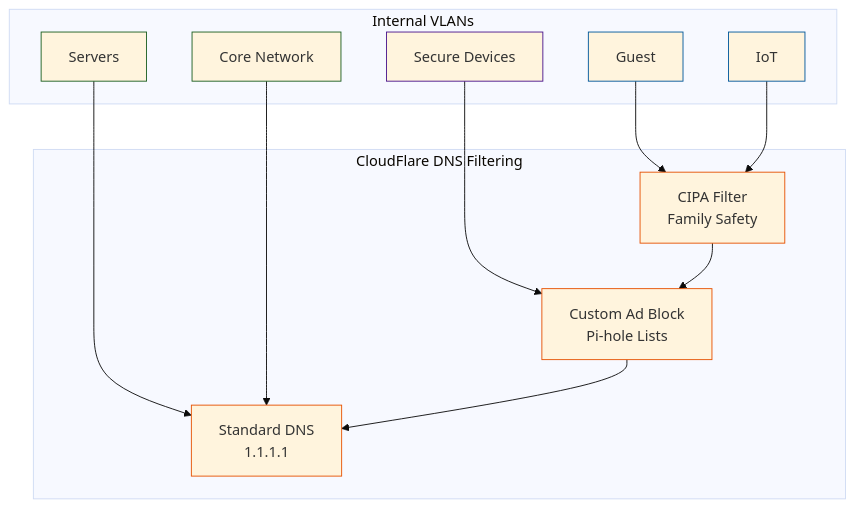
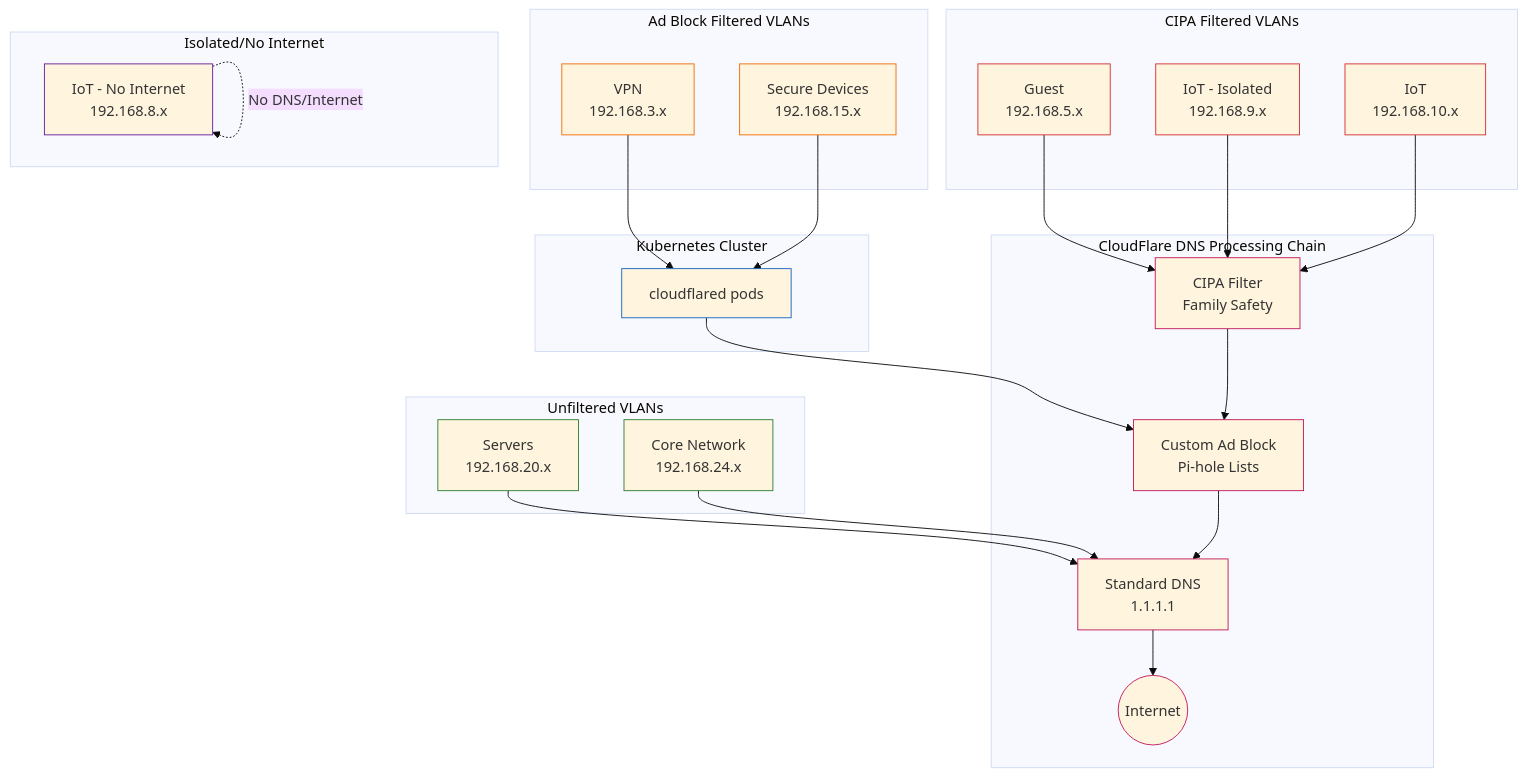
One commit to jaredfiorali/infrastructure changed the fourth of 4 diagrams in README.md. Above: the diagram before and after it, drawn with Mermaid (base theme).

Commit message:
Cleaned up DNS diagram and added more detail

````diff
--- a/README.md
+++ b/README.md
@@ -358,32 +358,62 @@
 ```mermaid
 graph TD
-    subgraph "Internal VLANs"
-        A[Guest]:::cipa
-        B[IoT]:::cipa
-        C[Secure Devices]:::adblock
-        D[Servers]:::unfiltered
-        E[Core Network]:::unfiltered
+    subgraph "CIPA Filtered VLANs"
+        B[Guest<br>192.168.5.x]:::vlan_cipa
+        D[IoT - Isolated<br>192.168.9.x]:::vlan_cipa
+        E[IoT<br>192.168.10.x]:::vlan_cipa
     end
 
-    subgraph "CloudFlare DNS Filtering"
-        F[CIPA Filter<br>Family Safety]:::external
-        H[Custom Ad Block<br>Pi-hole Lists]:::external
-        G[Standard DNS<br>1.1.1.1]:::external
+    subgraph "Ad Block Filtered VLANs"
+        A[VPN<br>192.168.3.x]:::vlan_adblock
+        F[Secure Devices<br>192.168.15.x]:::vlan_adblock
     end
 
-    %% VLAN routing
-    A --> F
-    B --> F
-    C --> H
-    D --> G
-    E --> G
+    subgraph "Unfiltered VLANs"
+        G[Servers<br>192.168.20.x]:::vlan_unfiltered
+        H[Core Network<br>192.168.24.x]:::vlan_unfiltered
+    end
 
-    %% Filter chain
-    F --> H
-    H --> G
+    subgraph "Isolated/No Internet"
+        C[IoT - No Internet<br>192.168.8.x]:::vlan_isolated
+    end
 
-classDef cipa stroke:#01579b
-classDef adblock stroke:#4a148c
-classDef unfiltered stroke:#1b5e20
-classDef external stroke:#e65100
+    subgraph "Kubernetes Cluster"
+        M[cloudflared pods]:::k8s_cluster
+    end
+
+    subgraph "CloudFlare DNS Processing Chain"
+        I[CIPA Filter<br>Family Safety]:::external_service
+        J[Custom Ad Block<br>Pi-hole Lists]:::external_service
+        K[Standard DNS<br>1.1.1.1]:::external_service
+        L((Internet)):::external_service
+    end
+
+
+    %% VLAN routing to appropriate filtering level
+    B --> I
+    D --> I
+    E --> I
+
+    A --> M
+    F --> M
+
+    M --> J
+
+    G --> K
+    H --> K
+
+    %% Filter processing chain
+    I --> J
+    J --> K
+    K --> L
+
+    %% No internet access
+    C -.->|No DNS/Internet| C
+
+classDef vlan_cipa stroke:#d32f2f
+classDef vlan_adblock stroke:#ef6c00
+classDef vlan_unfiltered stroke:#2e7d32
+classDef vlan_isolated stroke:#6a1b9a
+classDef k8s_cluster stroke:#1565c0
+classDef external_service stroke:#c2185b
 ```
````
